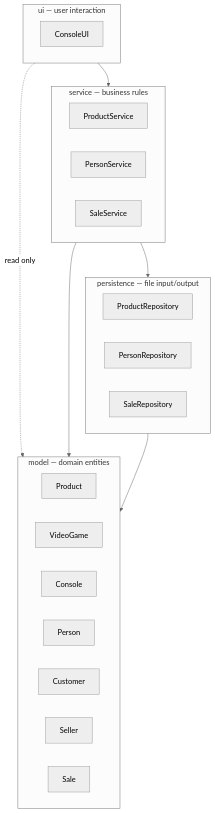
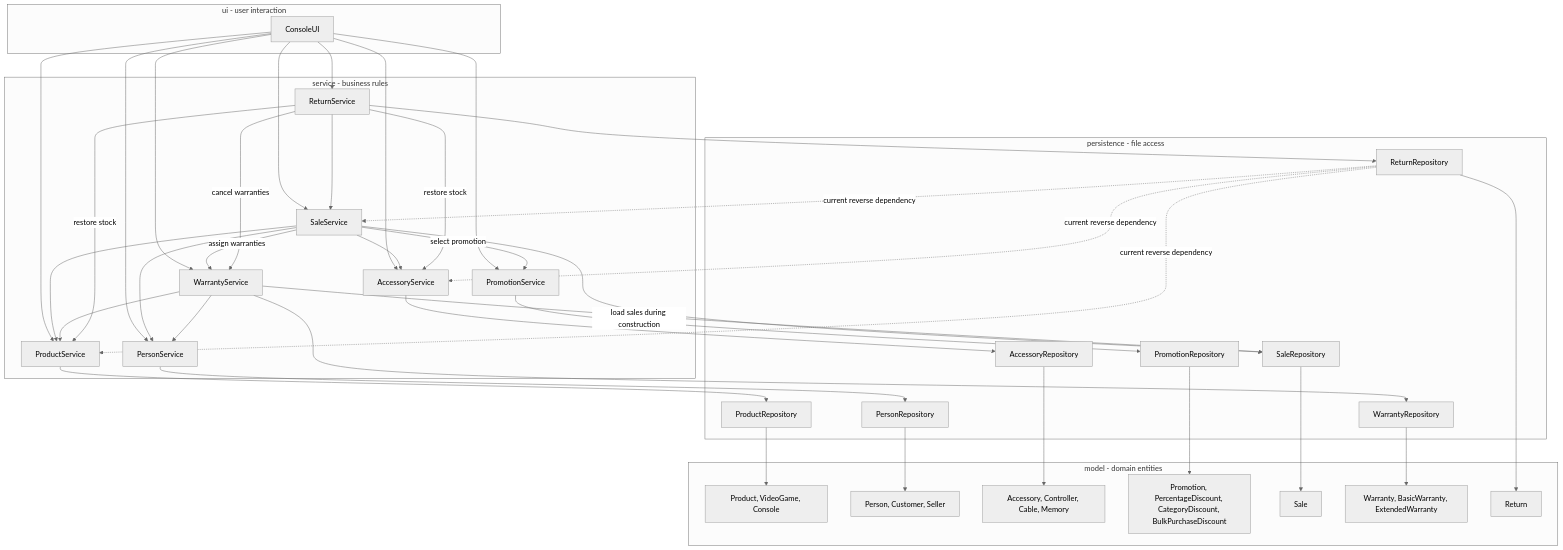
One commit to iceledon/Gamezone-inova changed the diagram in docs/layers-diagram.md. Above: the diagram before and after it, drawn with Mermaid (neutral theme). The commit also changed other lines of this file and 1 other file, not shown here.

Commit message:
docs: update README and layer dependencies

````diff
--- a/docs/layers-diagram.md
+++ b/docs/layers-diagram.md
@@ -6,31 +10,79 @@
 ```mermaid
-flowchart TD
-    subgraph UI["ui — user interaction"]
+flowchart TB
+    subgraph UI["ui - user interaction"]
         ConsoleUI
     end
-    subgraph SERVICE["service — business rules"]
+
+    subgraph SERVICE["service - business rules"]
         ProductService
         PersonService
+        AccessoryService
+        PromotionService
         SaleService
+        WarrantyService
+        ReturnService
     end
-    subgraph PERSISTENCE["persistence — file input/output"]
+
+    subgraph PERSISTENCE["persistence - file access"]
         ProductRepository
         PersonRepository
+        AccessoryRepository
+        PromotionRepository
         SaleRepository
-    end
-    subgraph MODEL["model — domain entities"]
-        Product
-        VideoGame
-        Console
-        Person
-        Customer
-        Seller
-        Sale
+        WarrantyRepository
+        ReturnRepository
     end
 
-    UI --> SERVICE
-    UI -.->|read only| MODEL
-    SERVICE --> PERSISTENCE
-    SERVICE --> MODEL
-    PERSISTENCE --> MODEL
+    subgraph MODEL["model - domain entities"]
+        Products["Product, VideoGame, Console"]
+        People["Person, Customer, Seller"]
+        Accessories["Accessory, Controller, Cable, Memory"]
+        Promotions["Promotion, PercentageDiscount, CategoryDiscount, BulkPurchaseDiscount"]
+        Sale
+        Warranties["Warranty, BasicWarranty, ExtendedWarranty"]
+        Return
+    end
+
+    ConsoleUI --> ProductService
+    ConsoleUI --> PersonService
+    ConsoleUI --> AccessoryService
+    ConsoleUI --> PromotionService
+    ConsoleUI --> SaleService
+    ConsoleUI --> WarrantyService
+    ConsoleUI --> ReturnService
+
+    ProductService --> ProductRepository
+    PersonService --> PersonRepository
+    AccessoryService --> AccessoryRepository
+    PromotionService --> PromotionRepository
+    SaleService --> SaleRepository
+    WarrantyService --> WarrantyRepository
+    ReturnService --> ReturnRepository
+
+    SaleService --> ProductService
+    SaleService --> PersonService
+    SaleService --> AccessoryService
+    SaleService -->|select promotion| PromotionService
+    SaleService -->|assign warranties| WarrantyService
+
+    WarrantyService -->|load sales during construction| SaleRepository
+    WarrantyService --> ProductService
+    WarrantyService --> PersonService
+
+    ReturnService --> SaleService
+    ReturnService -->|restore stock| ProductService
+    ReturnService -->|restore stock| AccessoryService
+    ReturnService -->|cancel warranties| WarrantyService
+
+    ReturnRepository -.->|current reverse dependency| SaleService
+    ReturnRepository -.->|current reverse dependency| ProductService
+    ReturnRepository -.->|current reverse dependency| AccessoryService
+
+    ProductRepository --> Products
+    PersonRepository --> People
+    AccessoryRepository --> Accessories
+    PromotionRepository --> Promotions
+    SaleRepository --> Sale
+    WarrantyRepository --> Warranties
+    ReturnRepository --> Return
 ```
````
